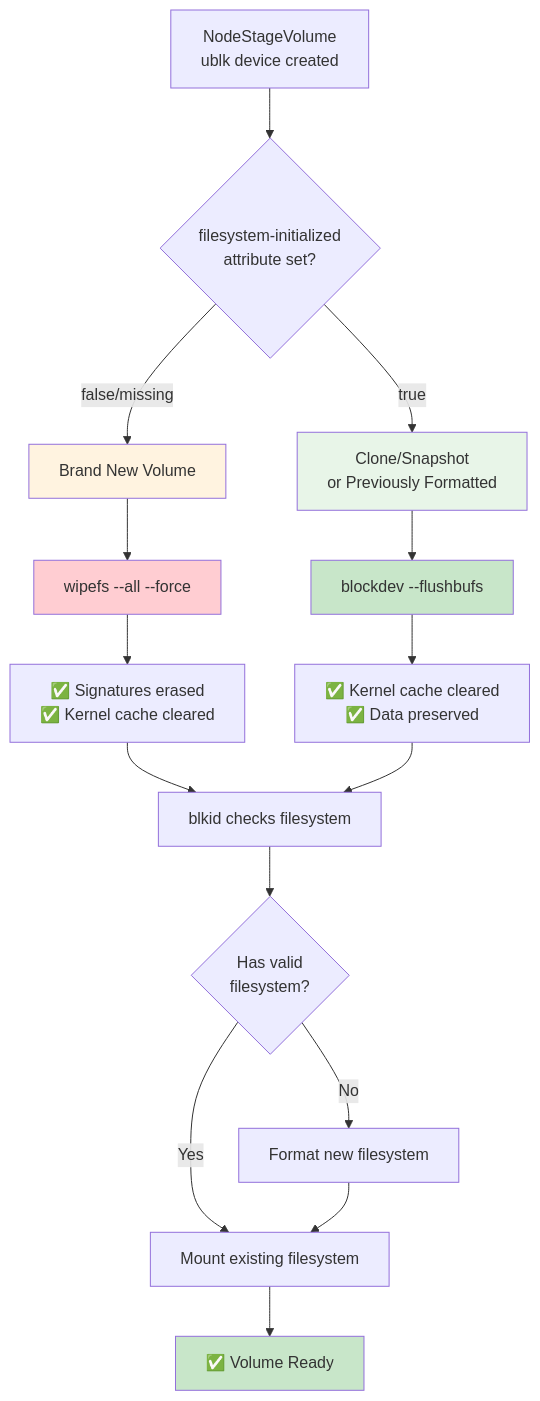
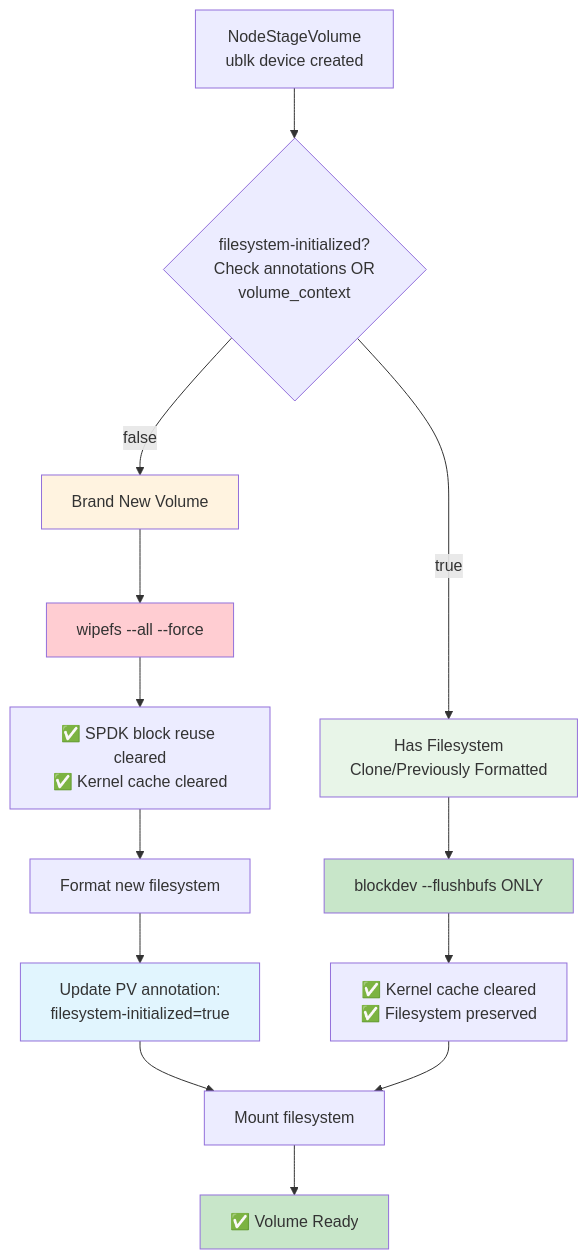
The tenth of 14 diagrams in FLINT_CSI_ARCHITECTURE.md (ddalton/flint), drawn with Mermaid before and after one commit. The commit also changed other lines of this file, not shown here.

First line of the commit message:
Update CSI architecture doc with final working wipefs solution

````diff
--- a/FLINT_CSI_ARCHITECTURE.md
+++ b/FLINT_CSI_ARCHITECTURE.md
@@ -537,29 +541,28 @@
 ```mermaid
 graph TD
-    START[NodeStageVolume<br/>ublk device created] --> CHECK{filesystem-initialized<br/>attribute set?}
+    START[NodeStageVolume<br/>ublk device created] --> CHECK{filesystem-initialized?<br/>Check annotations OR<br/>volume_context}
     
-    CHECK -->|false/missing| NEW[Brand New Volume]
-    CHECK -->|true| EXISTING[Clone/Snapshot<br/>or Previously Formatted]
+    CHECK -->|true| EXISTING[Has Filesystem<br/>Clone/Previously Formatted]
+    CHECK -->|false| NEW[Brand New Volume]
+    
+    EXISTING --> BLOCKDEV[blockdev --flushbufs ONLY]
+    BLOCKDEV --> BLOCKDEV_RESULT[✅ Kernel cache cleared<br/>✅ Filesystem preserved]
     
     NEW --> WIPEFS[wipefs --all --force]
-    WIPEFS --> WIPEFS_RESULT[✅ Signatures erased<br/>✅ Kernel cache cleared]
+    WIPEFS --> WIPEFS_RESULT[✅ SPDK block reuse cleared<br/>✅ Kernel cache cleared]
     
-    EXISTING --> BLOCKDEV[blockdev --flushbufs]
-    BLOCKDEV --> BLOCKDEV_RESULT[✅ Kernel cache cleared<br/>✅ Data preserved]
+    WIPEFS_RESULT --> FORMAT[Format new filesystem]
+    FORMAT --> UPDATE_PV[Update PV annotation:<br/>filesystem-initialized=true]
     
-    WIPEFS_RESULT --> BLKID[blkid checks filesystem]
-    BLOCKDEV_RESULT --> BLKID
+    UPDATE_PV --> MOUNT[Mount filesystem]
+    BLOCKDEV_RESULT --> MOUNT
     
-    BLKID --> FORMAT{Has valid<br/>filesystem?}
-    FORMAT -->|No| MK_FS[Format new filesystem]
-    FORMAT -->|Yes| MOUNT[Mount existing filesystem]
-    
-    MK_FS --> MOUNT
     MOUNT --> DONE[✅ Volume Ready]
     
     style NEW fill:#fff3e0
     style EXISTING fill:#e8f5e8
     style WIPEFS fill:#ffcdd2
     style BLOCKDEV fill:#c8e6c9
+    style UPDATE_PV fill:#e1f5fe
     style DONE fill:#c8e6c9
 ```
````
